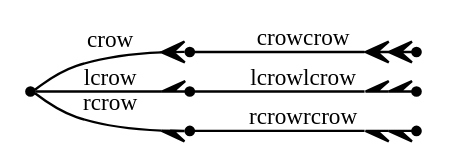
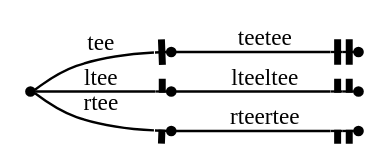
The diagram in out/clusters.out.08.010.gv (graphviz-perl/GraphViz2-Marpa-PathUtils), drawn with Graphviz before and after one commit. The commit also changed 40 other files, not shown here.

```diff
--- a/out/clusters.out.08.010.gv
+++ b/out/clusters.out.08.010.gv
@@ -1,13 +1,13 @@
 digraph G
 {
 	graph[rankdir = "LR" nodesep = "0"]
 	node[shape = "point" label = ""]
 	edge[fontsize = "10"]
-	_crow -> crow[arrowhead = "crow" label = "crow"]
-	crow -> crowcrow[arrowhead = "crowcrow" label = "crowcrow"]
-	_crow -> lcrow[arrowhead = "lcrow" label = "lcrow"]
-	lcrow -> lcrowlcrow[arrowhead = "lcrowlcrow" label = "lcrowlcrow"]
-	_crow -> rcrow[arrowhead = "rcrow" label = "rcrow"]
-	rcrow -> rcrowrcrow[arrowhead = "rcrowrcrow" label = "rcrowrcrow"]
+	_tee -> tee[arrowhead = "tee" label = "tee"]
+	tee -> teetee[arrowhead = "teetee" label = "teetee"]
+	_tee -> ltee[arrowhead = "ltee" label = "ltee"]
+	ltee -> lteeltee[arrowhead = "lteeltee" label = "lteeltee"]
+	_tee -> rtee[arrowhead = "rtee" label = "rtee"]
+	rtee -> rteertee[arrowhead = "rteertee" label = "rteertee"]
 
 }
```
